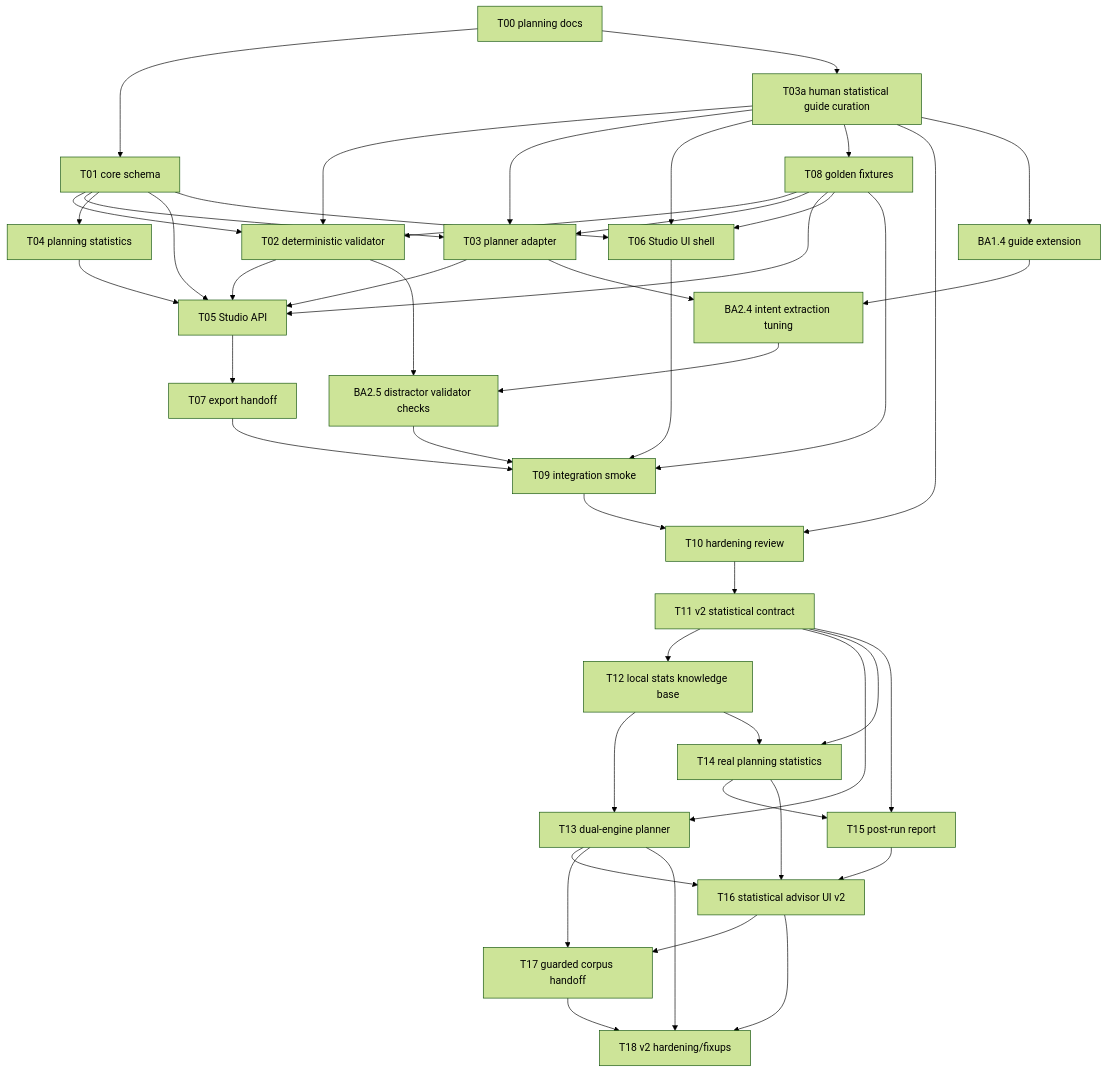
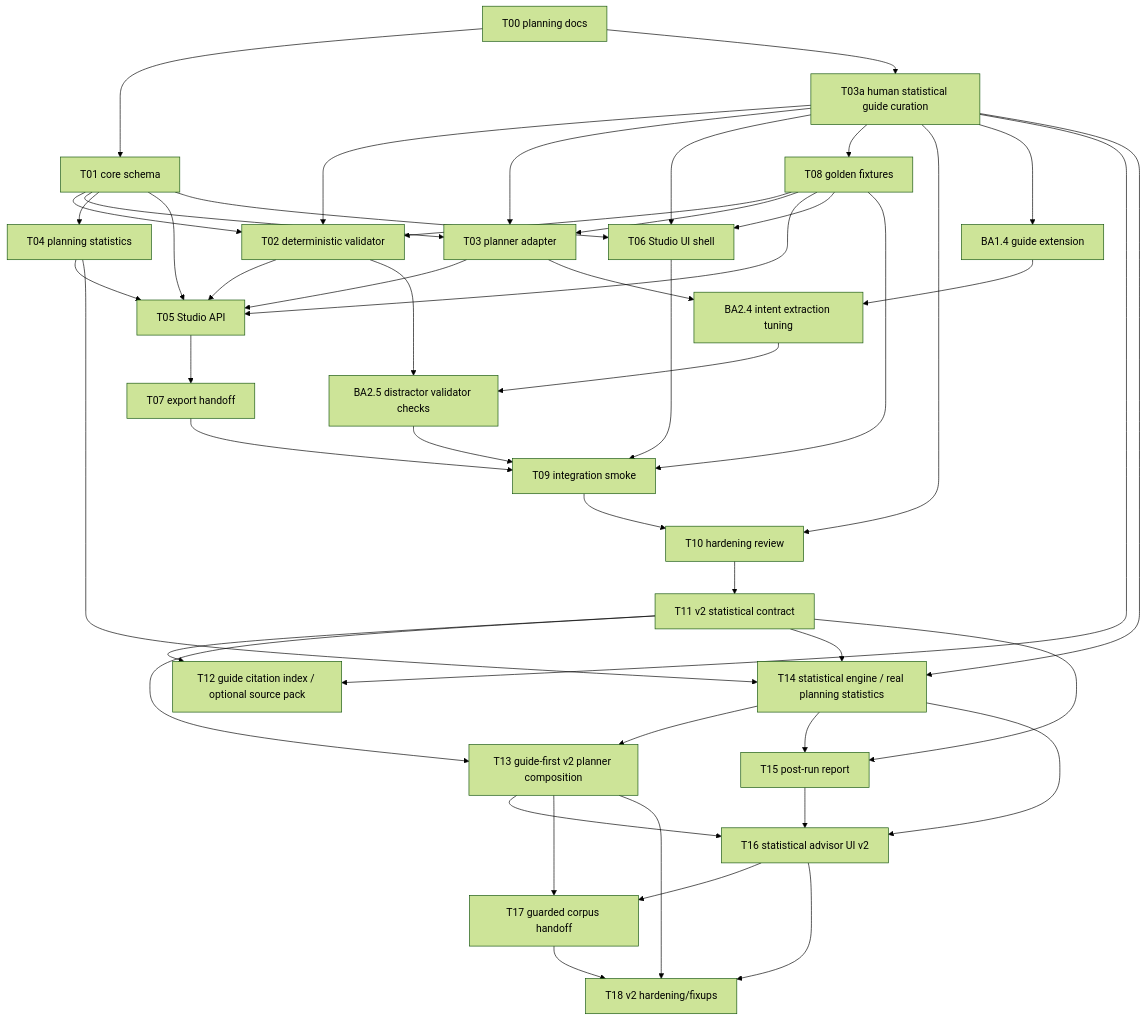
The diagram in docs_benchmark_advisor/planning/TASK_GRAPH.md (ITMO-NSS-team/DynamicMCPBench), drawn with Mermaid (forest theme) before and after one commit. The commit also changed other lines of this file and 29 other files, not shown here.

````diff
--- a/docs_benchmark_advisor/planning/TASK_GRAPH.md
+++ b/docs_benchmark_advisor/planning/TASK_GRAPH.md
@@ -9,73 +9,75 @@
 ```mermaid
 graph TD
   T00["T00 planning docs"]
   T01["T01 core schema"]
   T02["T02 deterministic validator"]
   T03A["T03a human statistical guide curation"]
   T03["T03 planner adapter"]
   T04["T04 planning statistics"]
   T05["T05 Studio API"]
   T06["T06 Studio UI shell"]
   T07["T07 export handoff"]
   T08["T08 golden fixtures"]
   T09["T09 integration smoke"]
   T10["T10 hardening review"]
   T11["T11 v2 statistical contract"]
-  T12["T12 local stats knowledge base"]
-  T13["T13 dual-engine planner"]
-  T14["T14 real planning statistics"]
+  T12["T12 guide citation index / optional source pack"]
+  T13["T13 guide-first v2 planner composition"]
+  T14["T14 statistical engine / real planning statistics"]
   T15["T15 post-run report"]
   T16["T16 statistical advisor UI v2"]
   T17["T17 guarded corpus handoff"]
   T18["T18 v2 hardening/fixups"]
   BA14["BA1.4 guide extension"]
   BA24["BA2.4 intent extraction tuning"]
   BA25["BA2.5 distractor validator checks"]
 
   T00 --> T01
   T00 --> T03A
   T01 --> T02
   T01 --> T03
   T01 --> T04
   T01 --> T05
   T01 --> T06
   T03A --> T02
   T03A --> T03
   T03A --> T06
   T03A --> T08
   T08 --> T02
   T08 --> T03
   T08 --> T05
   T08 --> T06
   T02 --> T05
   T03 --> T05
   T04 --> T05
   T05 --> T07
   T06 --> T09
   T07 --> T09
   T08 --> T09
   T03A --> T10
   T09 --> T10
   T03A --> BA14
   BA14 --> BA24
   T03 --> BA24
   T02 --> BA25
   BA24 --> BA25
   BA25 --> T09
   T10 --> T11
   T11 --> T12
   T11 --> T13
   T11 --> T14
   T11 --> T15
-  T12 --> T13
-  T12 --> T14
+  T03A --> T12
+  T03A --> T14
+  T04 --> T14
+  T14 --> T13
   T13 --> T16
   T14 --> T15
   T14 --> T16
   T15 --> T16
   T16 --> T17
   T13 --> T17
   T17 --> T18
   T16 --> T18
   T13 --> T18
 ```
````
